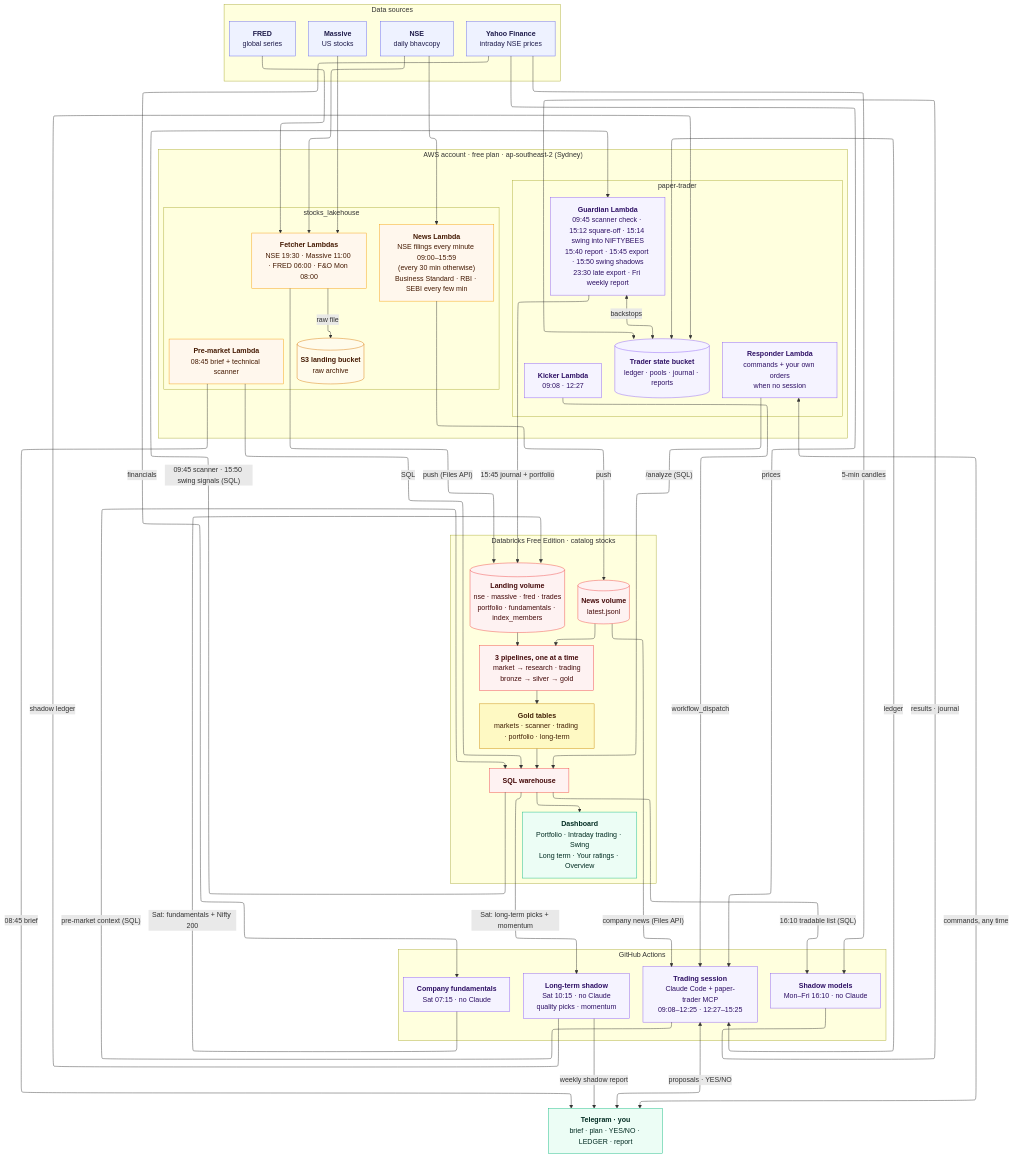
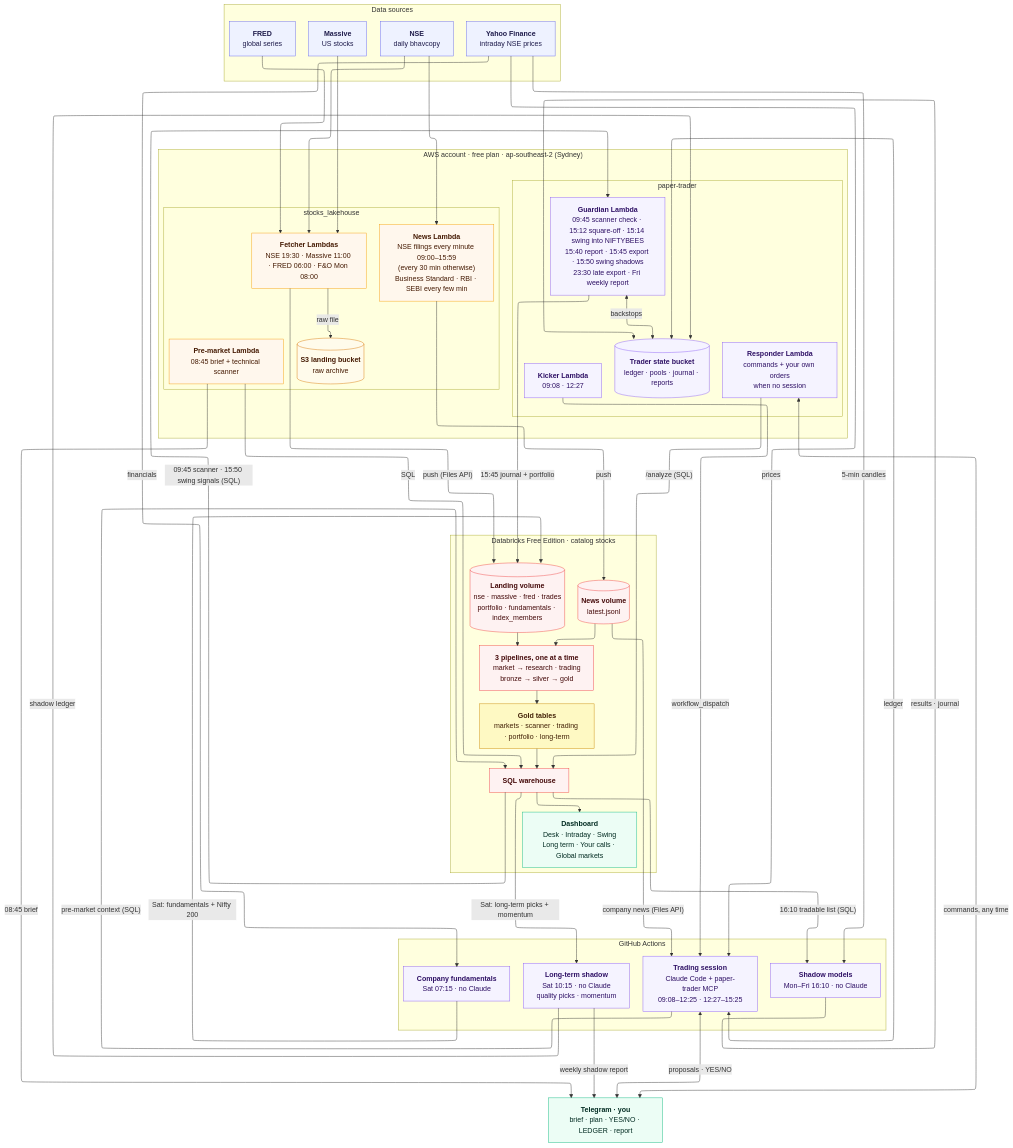
The diagram in docs/diagrams/05_platform.mmd (bumblebee26/stocks_lakehouse), drawn with Mermaid before and after one commit. The commit also changed 9 other files, not shown here.

```diff
--- a/docs/diagrams/05_platform.mmd
+++ b/docs/diagrams/05_platform.mmd
@@ -1,100 +1,100 @@
 ---
 config:
   layout: elk
   elk:
     mergeEdges: false
     nodePlacementStrategy: NETWORK_SIMPLEX
 ---
 %% Shared platform view: stocks_lakehouse + paper-trader.
 %% The same file lives in bumblebee26/paper-trader as docs/diagrams/01_platform.mmd; keep them identical.
 %% Secrets (SSM) and deployments (CI/CD) are left out on purpose: see 04_cicd and the security tables.
 flowchart TB
     subgraph SRC["Data sources"]
         direction LR
         NSE["<b>NSE</b><br/>daily bhavcopy"]
         MAS["<b>Massive</b><br/>US stocks"]
         FRED["<b>FRED</b><br/>global series"]
         YF["<b>Yahoo Finance</b><br/>intraday NSE prices"]
     end
 
     subgraph AWS["AWS account · free plan · ap-southeast-2 (Sydney)"]
         direction LR
         subgraph LHA["stocks_lakehouse"]
             direction TB
             FET["<b>Fetcher Lambdas</b><br/>NSE 19:30 · Massive 11:00 · FRED 06:00 · F&amp;O Mon 08:00"]
             S3L[("<b>S3 landing bucket</b><br/>raw archive")]
             PM["<b>Pre-market Lambda</b><br/>08:45 brief + technical scanner"]
             NEWS["<b>News Lambda</b><br/>NSE filings every minute 09:00–15:59<br/>(every 30 min otherwise)<br/>Business Standard · RBI · SEBI every few min"]
         end
         subgraph PTA["paper-trader"]
             direction TB
             KICK["<b>Kicker Lambda</b><br/>09:08 · 12:27"]
             GUARD["<b>Guardian Lambda</b><br/>09:45 scanner check · 15:12 square-off · 15:14 swing into NIFTYBEES<br/>15:40 report · 15:45 export · 15:50 swing shadows<br/>23:30 late export · Fri weekly report"]
             S3T[("<b>Trader state bucket</b><br/>ledger · pools · journal · reports")]
             RESP["<b>Responder Lambda</b><br/>commands + your own orders<br/>when no session"]
         end
     end
 
     subgraph GHA["GitHub Actions"]
         direction TB
         SESS["<b>Trading session</b><br/>Claude Code + paper-trader MCP<br/>09:08–12:25 · 12:27–15:25"]
         FUND["<b>Company fundamentals</b><br/>Sat 07:15 · no Claude"]
         SHAD["<b>Long-term shadow</b><br/>Sat 10:15 · no Claude<br/>quality picks · momentum"]
         MODL["<b>Shadow models</b><br/>Mon–Fri 16:10 · no Claude"]
     end
 
     subgraph DBX["Databricks Free Edition · catalog stocks"]
         direction TB
         VOL[("<b>Landing volume</b><br/>nse · massive · fred · trades<br/>portfolio · fundamentals · index_members")]
         NVOL[("<b>News volume</b><br/>latest.jsonl")]
         PIPE["<b>3 pipelines, one at a time</b><br/>market → research · trading<br/>bronze → silver → gold"]
         GOLD["<b>Gold tables</b><br/>markets · scanner · trading · portfolio · long-term"]
         WH["<b>SQL warehouse</b>"]
-        DASH["<b>Dashboard</b><br/>Portfolio · Intraday trading · Swing<br/>Long term · Your ratings · Overview"]
+        DASH["<b>Dashboard</b><br/>Desk · Intraday · Swing<br/>Long term · Your calls · Global markets"]
         VOL --> PIPE --> GOLD --> WH --> DASH
         NVOL --> PIPE
     end
 
     TG["<b>Telegram · you</b><br/>brief · plan · YES/NO · LEDGER · report"]
 
     NSE & MAS & FRED --> FET
     FET -- "raw file" --> S3L
     FET -- "push (Files API)" --> VOL
     NSE --> NEWS
     NEWS -- "push" --> NVOL
     PM -- "SQL" --> WH
     PM -- "08:45 brief" --> TG
     KICK -- "workflow_dispatch" --> SESS
     SESS -- "pre-market context (SQL)" --> WH
     YF -- "prices" --> SESS
     NVOL -- "company news (Files API)" --> SESS
     YF -- "financials" --> FUND
     FUND -- "Sat: fundamentals + Nifty 200" --> VOL
     WH -- "Sat: long-term picks + momentum" --> SHAD
     WH -- "16:10 tradable list (SQL)" --> MODL
     YF -- "5-min candles" --> MODL
     MODL -- "results · journal" --> S3T
     SHAD -- "shadow ledger" --> S3T
     SHAD -- "weekly shadow report" --> TG
     SESS <-- "ledger" --> S3T
     SESS <-- "proposals · YES/NO" --> TG
     GUARD <-- "backstops" --> S3T
     GUARD -- "15:45 journal + portfolio" --> VOL
     WH -- "09:45 scanner · 15:50 swing signals (SQL)" --> GUARD
     RESP <-- "commands, any time" --> TG
     RESP -- "/analyze (SQL)" --> WH
 
     classDef ext fill:#eef2ff,stroke:#6366f1,color:#1e1b4b
     classDef aws fill:#fff7ed,stroke:#f59e0b,color:#451a03
     classDef store fill:#fffbeb,stroke:#d97706,color:#451a03
     classDef trader fill:#f5f3ff,stroke:#8b5cf6,color:#2e1065
     classDef dbx fill:#fef2f2,stroke:#ef4444,color:#450a0a
     classDef gold fill:#fef9c3,stroke:#ca8a04,color:#422006
     classDef out fill:#ecfdf5,stroke:#10b981,color:#022c22
     class NSE,MAS,FRED,YF ext
     class FET,PM,NEWS aws
     class S3L store
     class KICK,GUARD,S3T,SESS,RESP,FUND,SHAD,MODL trader
     class VOL,NVOL,PIPE,WH dbx
     class GOLD gold
     class DASH,TG out
```
